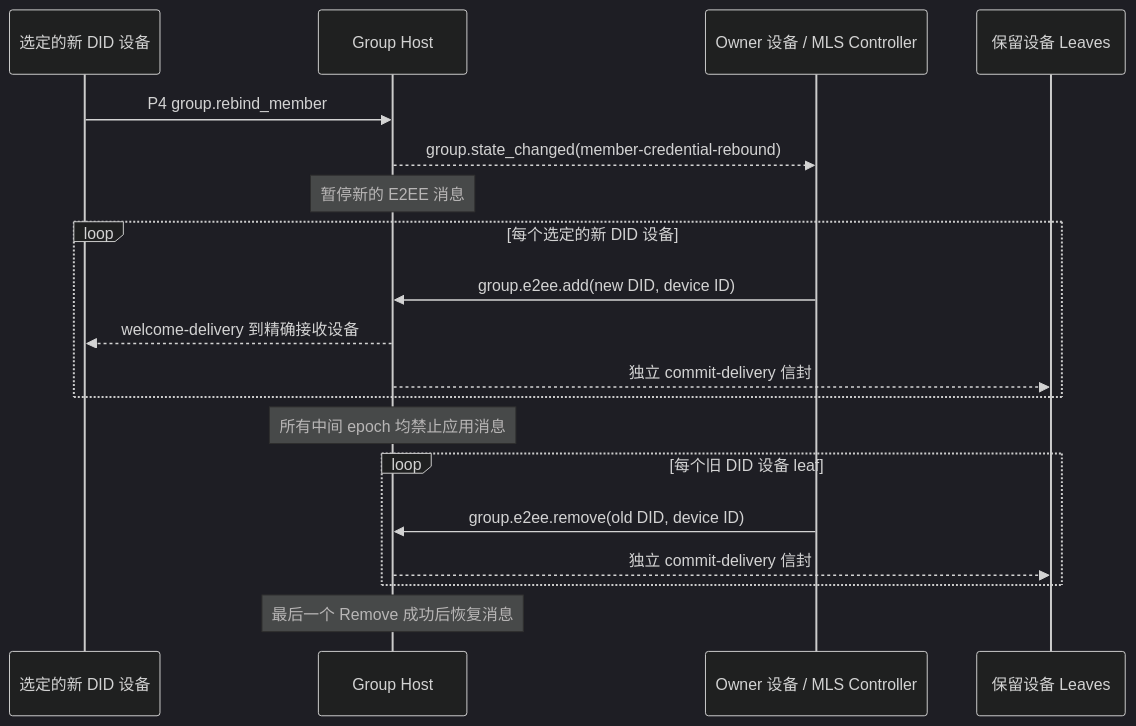
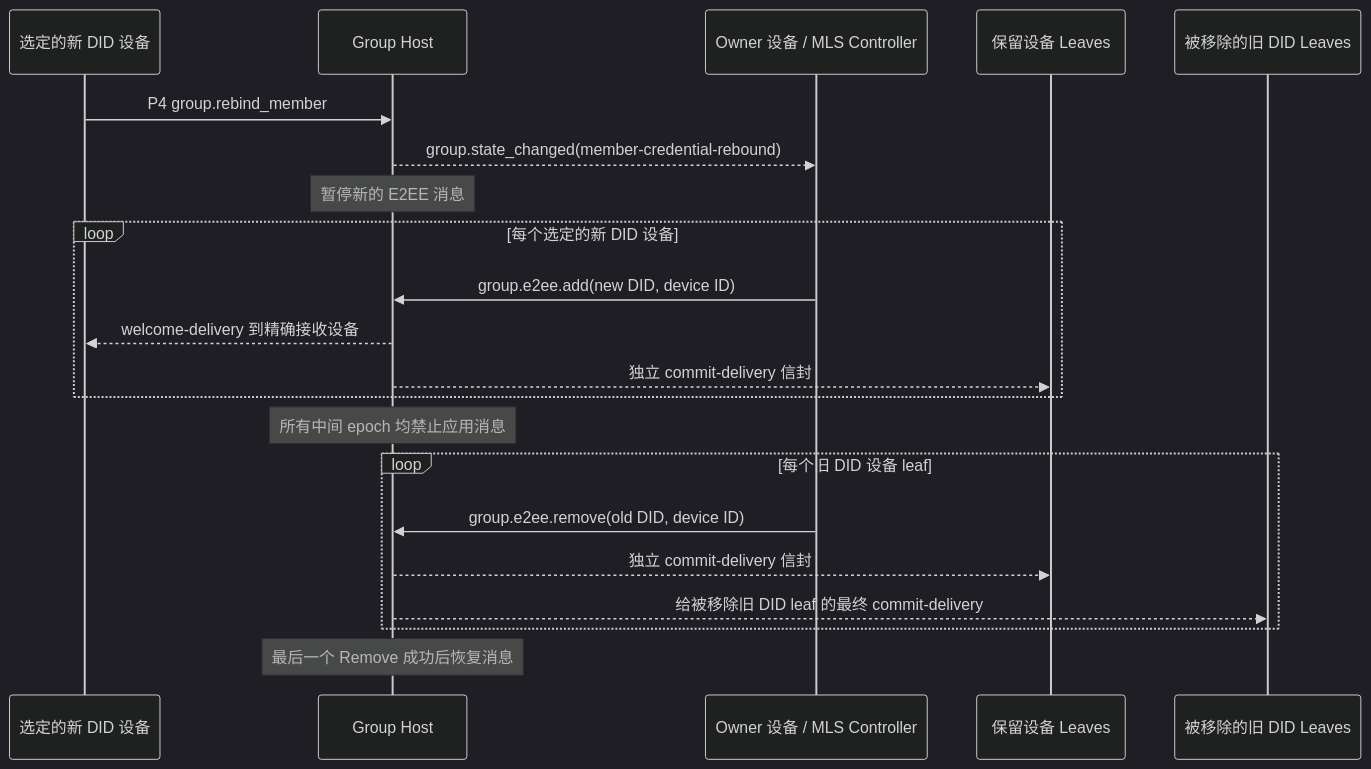
One commit to NeatNerdPrime/AgentNetworkProtocol changed the ninth of 9 diagrams in chinese/message/vnext/06-群组端到端加密.md. Above: the diagram before and after it, drawn with Mermaid (dark theme). The commit also changed other lines of this file and 5 other files, not shown here.

````diff
--- a/chinese/message/vnext/06-群组端到端加密.md
+++ b/chinese/message/vnext/06-群组端到端加密.md
@@ -1680,22 +1812,24 @@
 ```mermaid
 sequenceDiagram
     participant N as 选定的新 DID 设备
     participant H as Group Host
     participant O as Owner 设备 / MLS Controller
     participant M as 保留设备 Leaves
+    participant P as 被移除的旧 DID Leaves
 
     N->>H: P4 group.rebind_member
     H-->>O: group.state_changed(member-credential-rebound)
     Note over H: 暂停新的 E2EE 消息
     loop 每个选定的新 DID 设备
         O->>H: group.e2ee.add(new DID, device ID)
         H-->>N: welcome-delivery 到精确接收设备
         H-->>M: 独立 commit-delivery 信封
     end
     Note over H: 所有中间 epoch 均禁止应用消息
     loop 每个旧 DID 设备 leaf
         O->>H: group.e2ee.remove(old DID, device ID)
         H-->>M: 独立 commit-delivery 信封
+        H-->>P: 给被移除旧 DID leaf 的最终 commit-delivery
     end
     Note over H: 最后一个 Remove 成功后恢复消息
 ```
````
